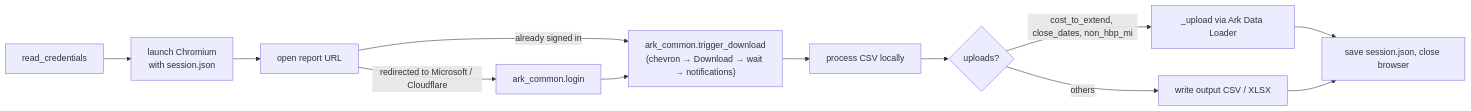
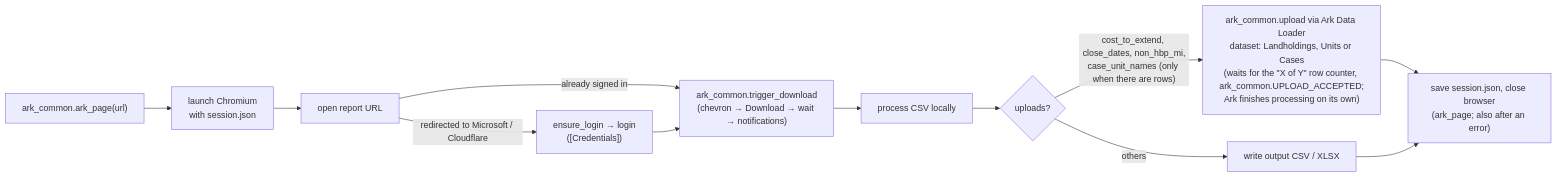
Before and after one commit to GMSthesecond/phx_cpp: the third of 11 diagrams in docs/ARCHITECTURE.md, drawn with Mermaid. The commit also changed other lines of this file and 71 other files, not shown here.

````diff
--- a/docs/ARCHITECTURE.md
+++ b/docs/ARCHITECTURE.md
@@ -147,14 +187,14 @@
 ```mermaid
 flowchart LR
-    A[read_credentials] --> B["launch Chromium<br/>with session.json"]
+    A["ark_common.ark_page(url)"] --> B["launch Chromium<br/>with session.json"]
     B --> C[open report URL]
-    C -->|redirected to Microsoft / Cloudflare| D[ark_common.login]
+    C -->|redirected to Microsoft / Cloudflare| D["ensure_login → login<br/>([Credentials])"]
     C -->|already signed in| E
     D --> E["ark_common.trigger_download<br/>(chevron → Download → wait → notifications)"]
     E --> F[process CSV locally]
     F --> G{uploads?}
-    G -->|"cost_to_extend, close_dates, non_hbp_mi"| H["_upload via Ark Data Loader"]
+    G -->|"cost_to_extend, close_dates, non_hbp_mi,<br/>case_unit_names (only when there are rows)"| H["ark_common.upload via Ark Data Loader<br/>dataset: Landholdings, Units or Cases<br/>(waits for the &quot;X of Y&quot; row counter, ark_common.UPLOAD_ACCEPTED;<br/>Ark finishes processing on its own)"]
     G -->|others| I[write output CSV / XLSX]
-    H --> J[save session.json, close browser]
+    H --> J["save session.json, close browser<br/>(ark_page; also after an error)"]
     I --> J
 ```
````
